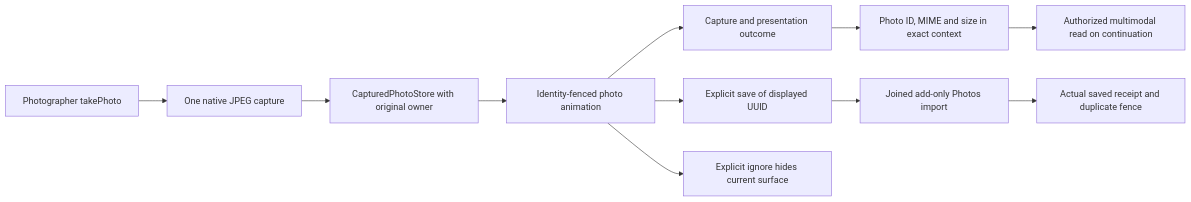
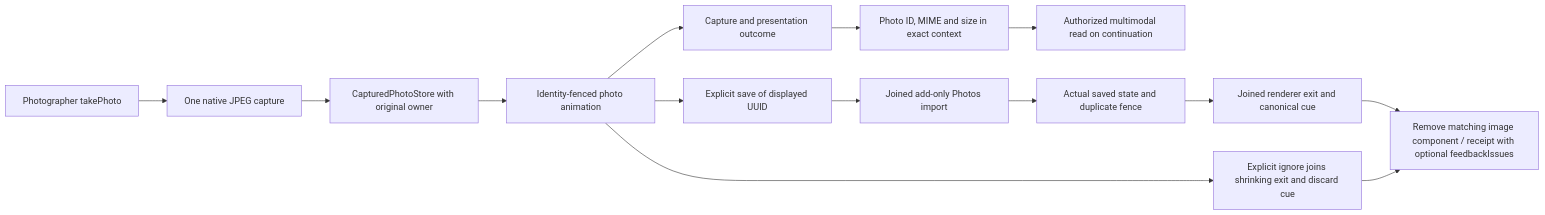
One commit to devilyouwei/MobileHarness changed diagram 22 of 35 in MobileHarness/README.md. Above: the diagram before and after it, drawn with Mermaid. The commit also changed other lines of this file and 456 other files, not shown here.

````diff
--- a/MobileHarness/README.md
+++ b/MobileHarness/README.md
@@ -1162,13 +1248,16 @@
 ```mermaid
 flowchart LR
  Call[Photographer takePhoto] --> Native[One native JPEG capture]
  Native --> Store[CapturedPhotoStore with original owner]
  Store --> Render[Identity-fenced photo animation]
  Render --> Receipt[Capture and presentation outcome]
  Receipt --> Context[Photo ID, MIME and size in exact context]
  Context --> Read[Authorized multimodal read on continuation]
  Render --> Save[Explicit save of displayed UUID]
  Save --> Photos[Joined add-only Photos import]
- Photos --> Saved[Actual saved receipt and duplicate fence]
- Render --> Ignore[Explicit ignore hides current surface]
+ Photos --> Saved[Actual saved state and duplicate fence]
+ Saved --> Departure[Joined renderer exit and canonical cue]
+ Departure --> Removed[Remove matching image component / receipt with optional feedbackIssues]
+ Render --> Ignore[Explicit ignore joins shrinking exit and discard cue]
+ Ignore --> Removed
 ```
````
